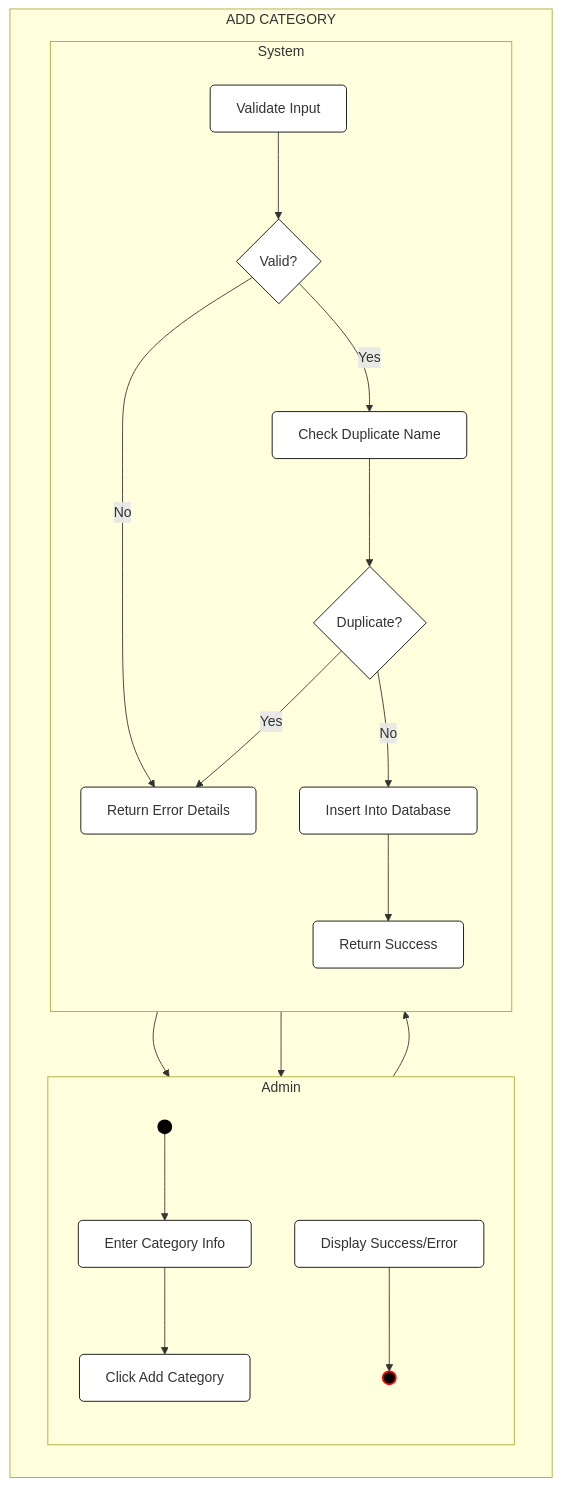
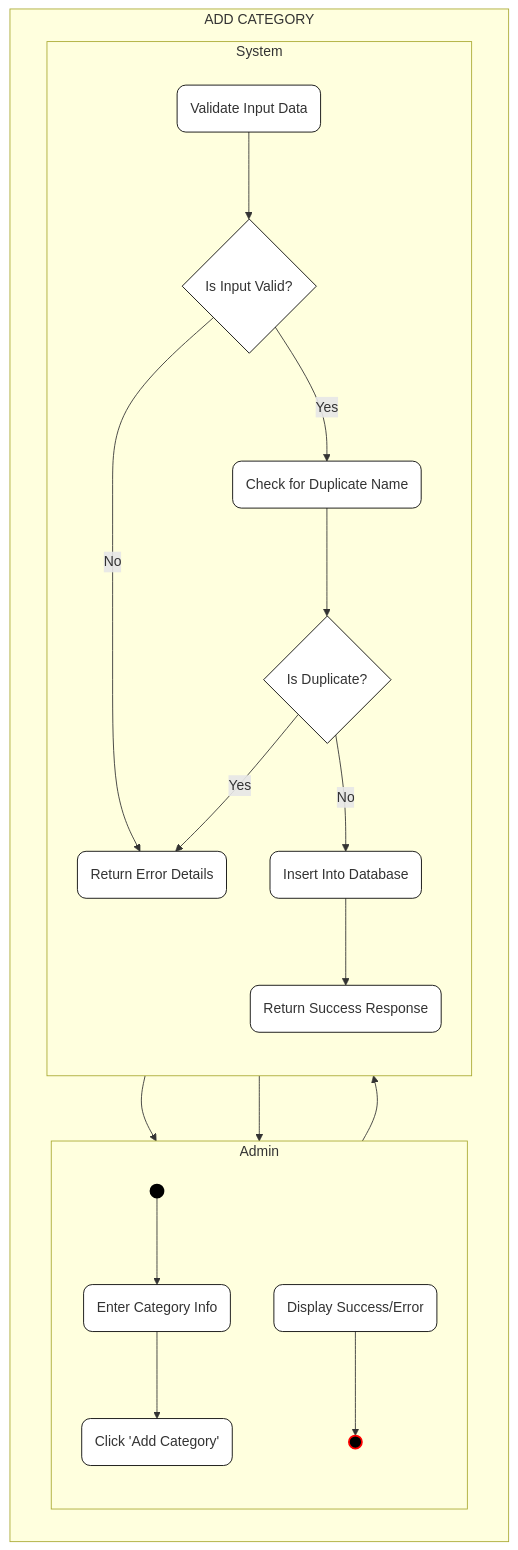
Before and after one commit to phuongloannn/bicycle-web-FE: the third of 6 diagrams in UML_Activity_Diagrams.md, drawn with Mermaid. The commit also changed other lines of this file, not shown here.

Commit message:
Update Activity Diagrams with rounded action nodes and improved labels matching visual style

````diff
--- a/UML_Activity_Diagrams.md
+++ b/UML_Activity_Diagrams.md
@@ -110,48 +110,48 @@
 ```mermaid
 flowchart TB
     %% Definitions
     classDef startNode fill:#000,stroke:#000,stroke-width:2px,color:#fff;
     classDef endNode fill:#000,stroke:#f00,stroke-width:2px,color:#fff;
-    classDef actionNode fill:#fff,stroke:#000,stroke-width:1px,rx:5,ry:5;
+    classDef actionNode fill:#fff,stroke:#000,stroke-width:1px,rx:10,ry:10;
     classDef decisionNode fill:#fff,stroke:#000,stroke-width:1px,shape:diamond;
 
     subgraph AddCatGroup ["ADD CATEGORY"]
         direction TB
 
         subgraph AdminCol3 ["Admin"]
             direction TB
             Start3(( )):::startNode
-            A3_1[Enter Category Info]:::actionNode
-            A3_2[Click Add Category]:::actionNode
-            A3_3[Display Success/Error]:::actionNode
+            A3_1(Enter Category Info):::actionNode
+            A3_2(Click 'Add Category'):::actionNode
+            A3_3(Display Success/Error):::actionNode
             End3(( )):::endNode
 
             Start3 --> A3_1
             A3_1 --> A3_2
         end
 
         subgraph SystemCol3 ["System"]
             direction TB
-            S3_1[Validate Input]:::actionNode
-            D3_1{Valid?}:::decisionNode
-            S3_2[Check Duplicate Name]:::actionNode
-            D3_2{Duplicate?}:::decisionNode
-            S3_3[Insert Into Database]:::actionNode
-            S3_4[Return Success]:::actionNode
-            S3_5[Return Error Details]:::actionNode
+            S3_1(Validate Input Data):::actionNode
+            D3_1{Is Input Valid?}:::decisionNode
+            S3_2(Check for Duplicate Name):::actionNode
+            D3_2{Is Duplicate?}:::decisionNode
+            S3_3(Insert Into Database):::actionNode
+            S3_4(Return Success Response):::actionNode
+            S3_5(Return Error Details):::actionNode
 
             A3_2 --> S3_1
             S3_1 --> D3_1
             D3_1 -- No --> S3_5
             D3_1 -- Yes --> S3_2
             S3_2 --> D3_2
             D3_2 -- Yes --> S3_5
             D3_2 -- No --> S3_3
             S3_3 --> S3_4
             S3_4 --> A3_3
             S3_5 --> A3_3
         end
         
         A3_3 --> End3
     end
 ```
````
